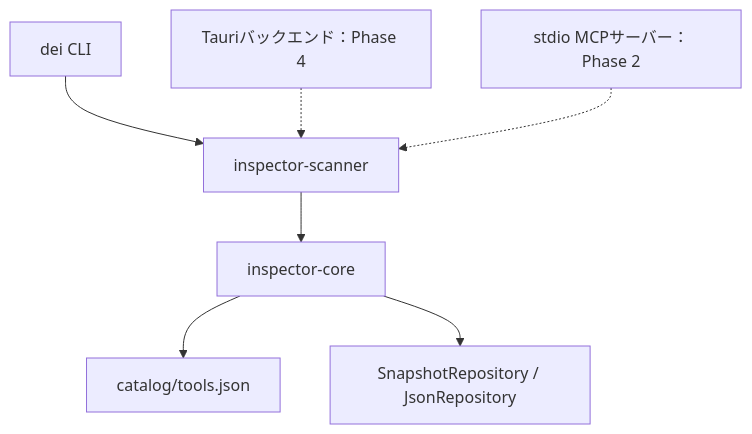
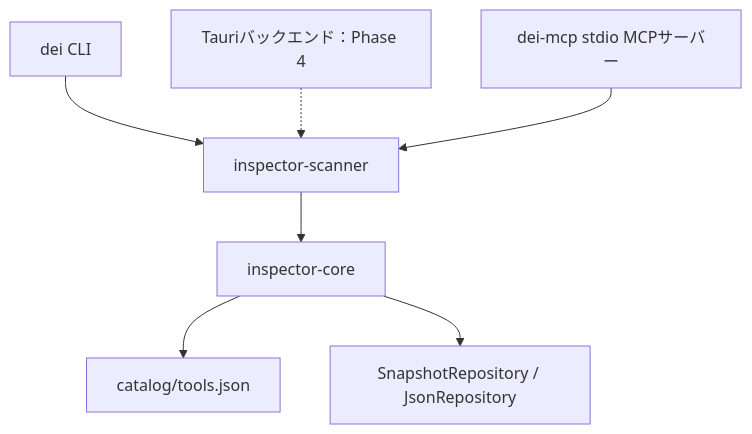
Before and after one commit to Termnix-IT/DevEnvironmentInspector: the diagram in docs/アーキテクチャ.md, drawn with Mermaid. The commit also changed other lines of this file and 16 other files, not shown here.

````diff
--- a/docs/アーキテクチャ.md
+++ b/docs/アーキテクチャ.md
@@ -7,9 +7,9 @@
 ```mermaid
 flowchart TD
     CLI[dei CLI] --> Scanner[inspector-scanner]
     GUI[Tauriバックエンド：Phase 4] -.-> Scanner
-    MCP[stdio MCPサーバー：Phase 2] -.-> Scanner
+    MCP[dei-mcp stdio MCPサーバー] --> Scanner
     Scanner --> Core[inspector-core]
     Core --> Catalog[catalog/tools.json]
     Core --> Storage[SnapshotRepository / JsonRepository]
 ```
````
